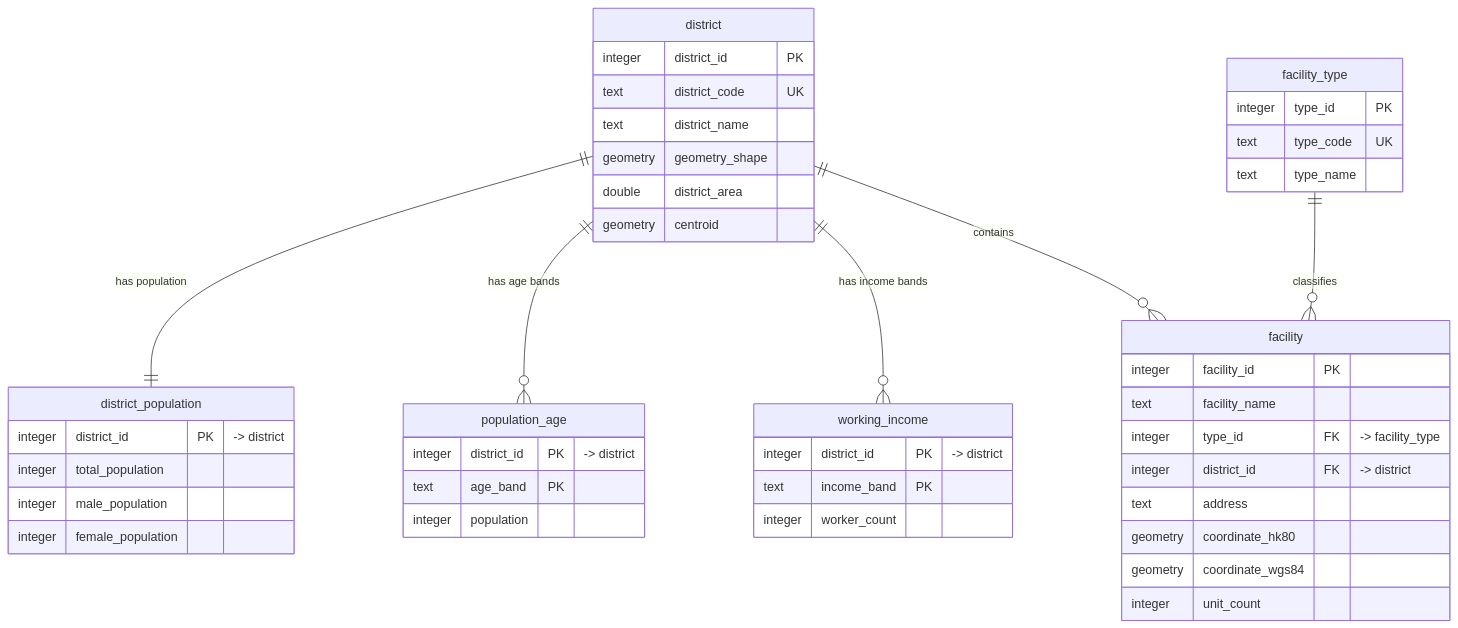
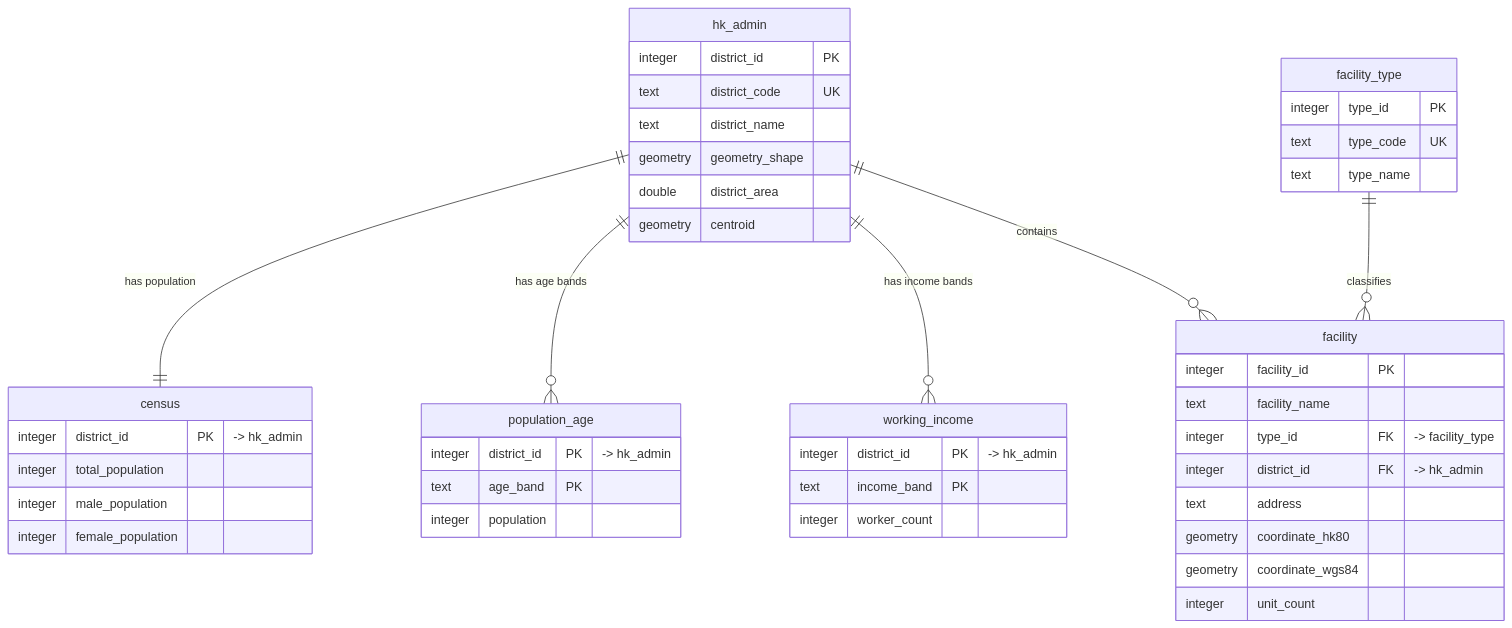
Before and after one commit to ujayden/LSGI3245-FinalProject: the diagram in sql/README.md, drawn with Mermaid. The commit also changed other lines of this file and 7 other files, not shown here.

````diff
--- a/sql/README.md
+++ b/sql/README.md
@@ -222,53 +241,53 @@
 ```mermaid
 erDiagram
-    district ||--|| district_population : "has population"
-    district ||--o{ population_age : "has age bands"
-    district ||--o{ working_income : "has income bands"
-    district ||--o{ facility : "contains"
+    hk_admin ||--|| census : "has population"
+    hk_admin ||--o{ population_age : "has age bands"
+    hk_admin ||--o{ working_income : "has income bands"
+    hk_admin ||--o{ facility : "contains"
     facility_type ||--o{ facility : "classifies"
 
-    district {
+    hk_admin {
         integer district_id PK
         text district_code UK
         text district_name
         geometry geometry_shape
         double district_area
         geometry centroid
     }
 
     facility_type {
         integer type_id PK
         text type_code UK
         text type_name
     }
 
     facility {
         integer facility_id PK
         text facility_name
         integer type_id FK "-> facility_type"
-        integer district_id FK "-> district"
+        integer district_id FK "-> hk_admin"
         text address
         geometry coordinate_hk80
         geometry coordinate_wgs84
         integer unit_count
     }
 
-    district_population {
-        integer district_id PK "-> district"
+    census {
+        integer district_id PK "-> hk_admin"
         integer total_population
         integer male_population
         integer female_population
     }
 
     population_age {
-        integer district_id PK "-> district"
+        integer district_id PK "-> hk_admin"
         text age_band PK
         integer population
     }
 
     working_income {
-        integer district_id PK "-> district"
+        integer district_id PK "-> hk_admin"
         text income_band PK
         integer worker_count
     }
 ```
````
